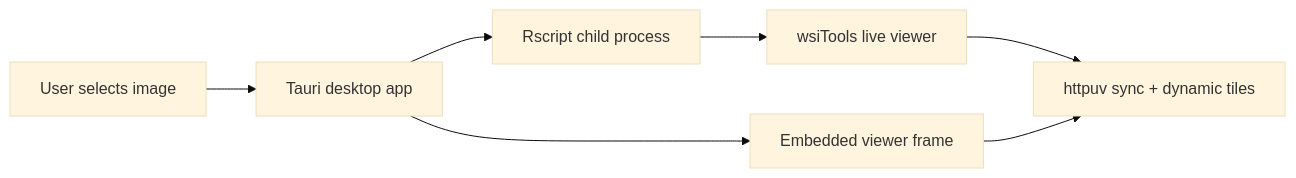
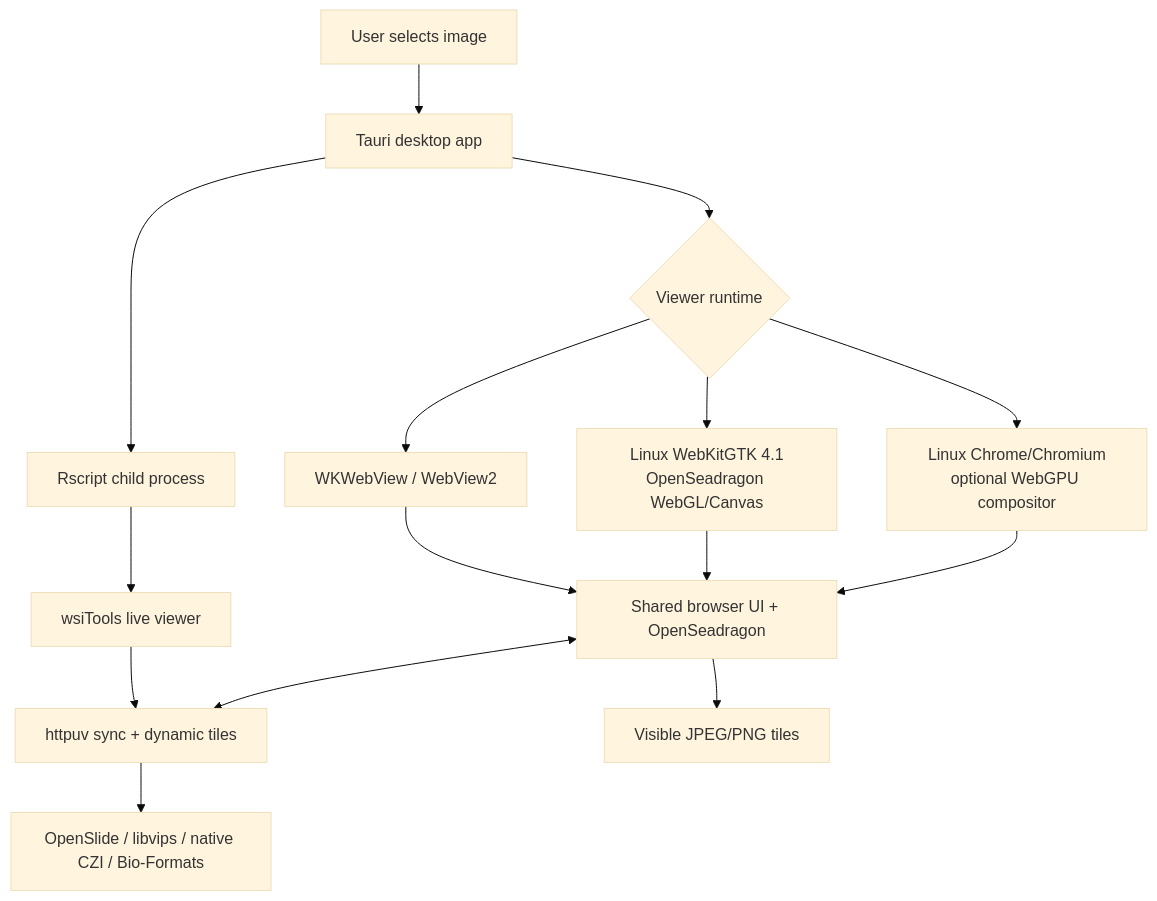
Before and after one commit to tkcaccia/wsiTools: the diagram in docs/desktop-app.md, drawn with Mermaid (base theme). The commit also changed other lines of this file and 20 other files, not shown here.

````diff
--- a/docs/desktop-app.md
+++ b/docs/desktop-app.md
@@ -246,9 +144,17 @@
 ```mermaid
-flowchart LR
+flowchart TD
   User["User selects image"] --> Tauri["Tauri desktop app"]
   Tauri --> Rscript["Rscript child process"]
   Rscript --> R["wsiTools live viewer"]
   R --> Bridge["httpuv sync + dynamic tiles"]
-  Tauri --> Frame["Embedded viewer frame"]
-  Frame --> Bridge
+  Tauri --> Platform{"Viewer runtime"}
+  Platform --> MacWin["WKWebView / WebView2"]
+  Platform --> WebKit["Linux WebKitGTK 4.1<br/>OpenSeadragon WebGL/Canvas"]
+  Platform --> Chrome["Linux Chrome/Chromium<br/>optional WebGPU compositor"]
+  MacWin --> Browser["Shared browser UI + OpenSeadragon"]
+  WebKit --> Browser
+  Chrome --> Browser
+  Browser <--> Bridge
+  Browser --> Tiles["Visible JPEG/PNG tiles"]
+  Bridge --> Backends["OpenSlide / libvips / native CZI / Bio-Formats"]
 ```
````
